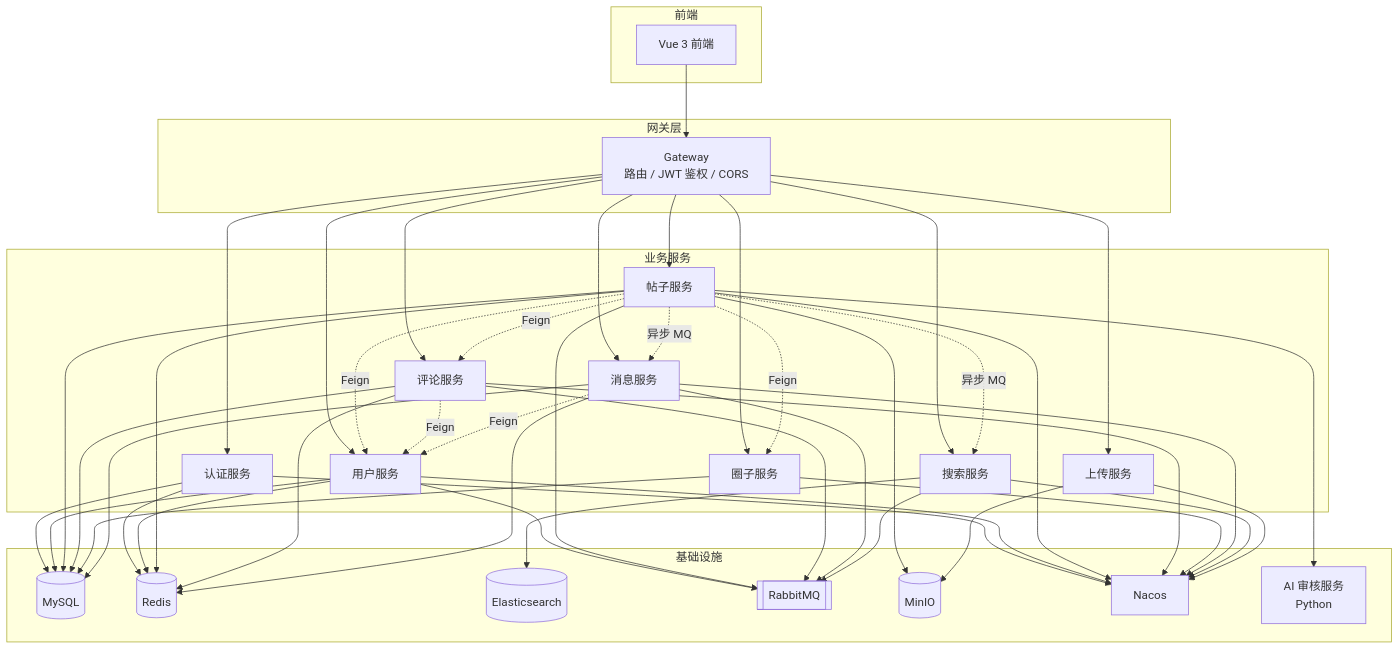
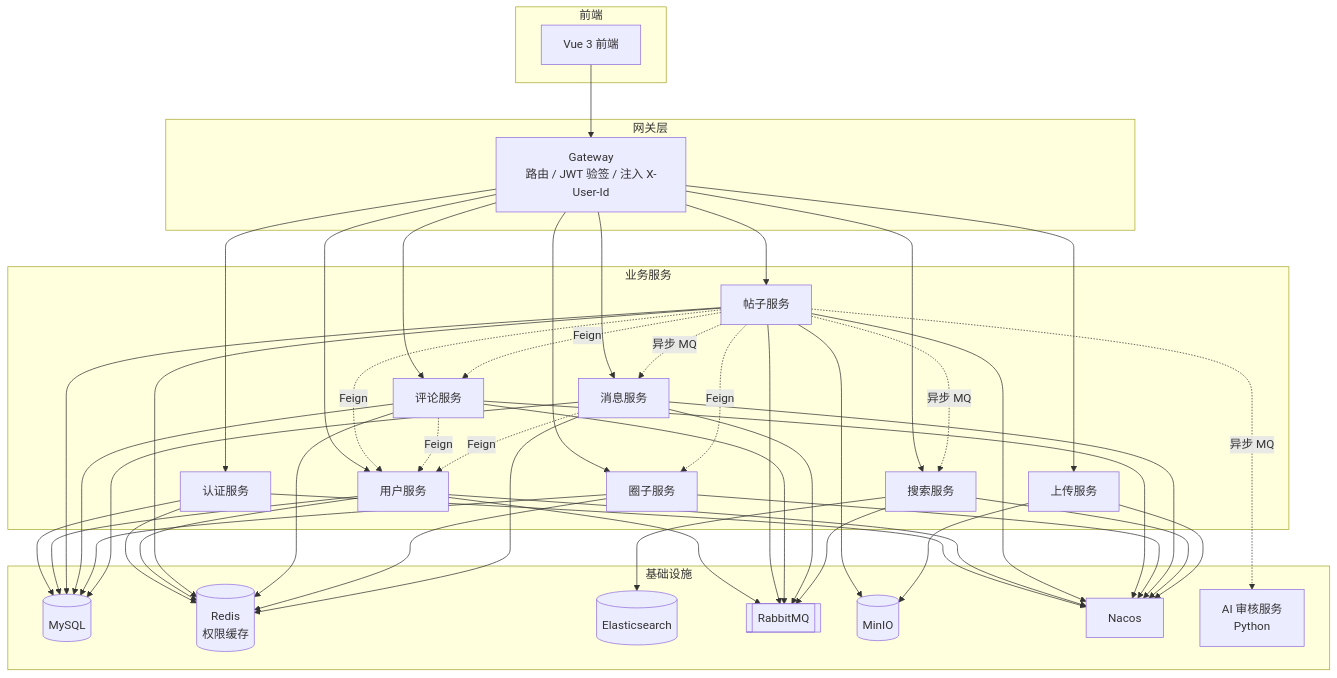
The diagram in README.md (touche-s/cyxz), drawn with Mermaid before and after one commit. The commit also changed other lines of this file and 1 other file, not shown here.

````diff
--- a/README.md
+++ b/README.md
@@ -22,48 +24,48 @@
 ```mermaid
 graph TB
     subgraph 前端
         FE[Vue 3 前端]
     end
 
     subgraph 网关层
-        GW[Gateway<br/>路由 / JWT 鉴权 / CORS]
+        GW[Gateway<br/>路由 / JWT 验签 / 注入 X-User-Id]
     end
 
     subgraph 业务服务
         AUTH[认证服务]
         USER[用户服务]
         POST[帖子服务]
         COMMENT[评论服务]
         CIRCLE[圈子服务]
         MESSAGE[消息服务]
         SEARCH[搜索服务]
         UPLOAD[上传服务]
     end
 
     subgraph 基础设施
         MYSQL[(MySQL)]
-        REDIS[(Redis)]
+        REDIS[(Redis<br/>权限缓存)]
         ES[(Elasticsearch)]
         MQ[[RabbitMQ]]
         MINIO[(MinIO)]
         NACOS[Nacos]
         AI[AI 审核服务<br/>Python]
     end
 
     FE --> GW
     GW --> AUTH & USER & POST & COMMENT & CIRCLE & MESSAGE & SEARCH & UPLOAD
 
     POST -. Feign .-> USER & COMMENT & CIRCLE
-    POST -. 异步 MQ .-> MESSAGE & SEARCH
+    POST -. 异步 MQ .-> MESSAGE & SEARCH & AI
     COMMENT -. Feign .-> USER
     MESSAGE -. Feign .-> USER
 
     AUTH --> MYSQL & REDIS & NACOS
     USER --> MYSQL & REDIS & MQ & NACOS
-    POST --> MYSQL & REDIS & MQ & MINIO & AI & NACOS
+    POST --> MYSQL & REDIS & MQ & MINIO & NACOS
     COMMENT --> MYSQL & REDIS & MQ & NACOS
-    CIRCLE --> MYSQL & NACOS
+    CIRCLE --> MYSQL & REDIS & NACOS
     MESSAGE --> MYSQL & REDIS & MQ & NACOS
     SEARCH --> ES & MQ & NACOS
     UPLOAD --> MINIO & NACOS
 ```
````
